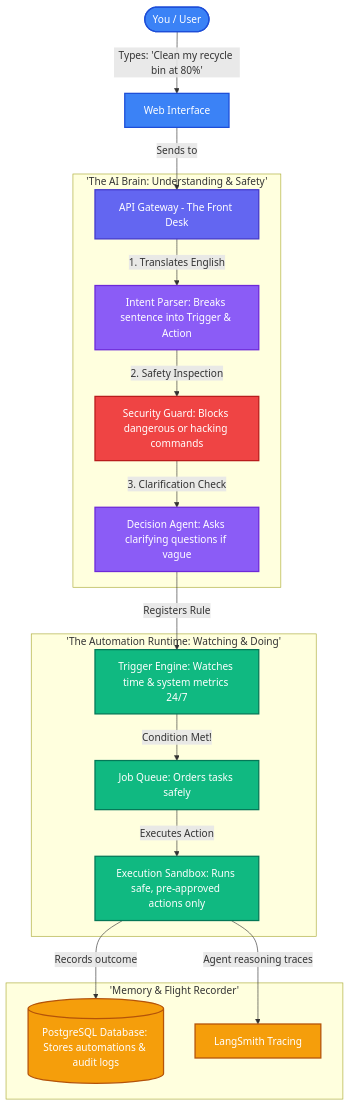
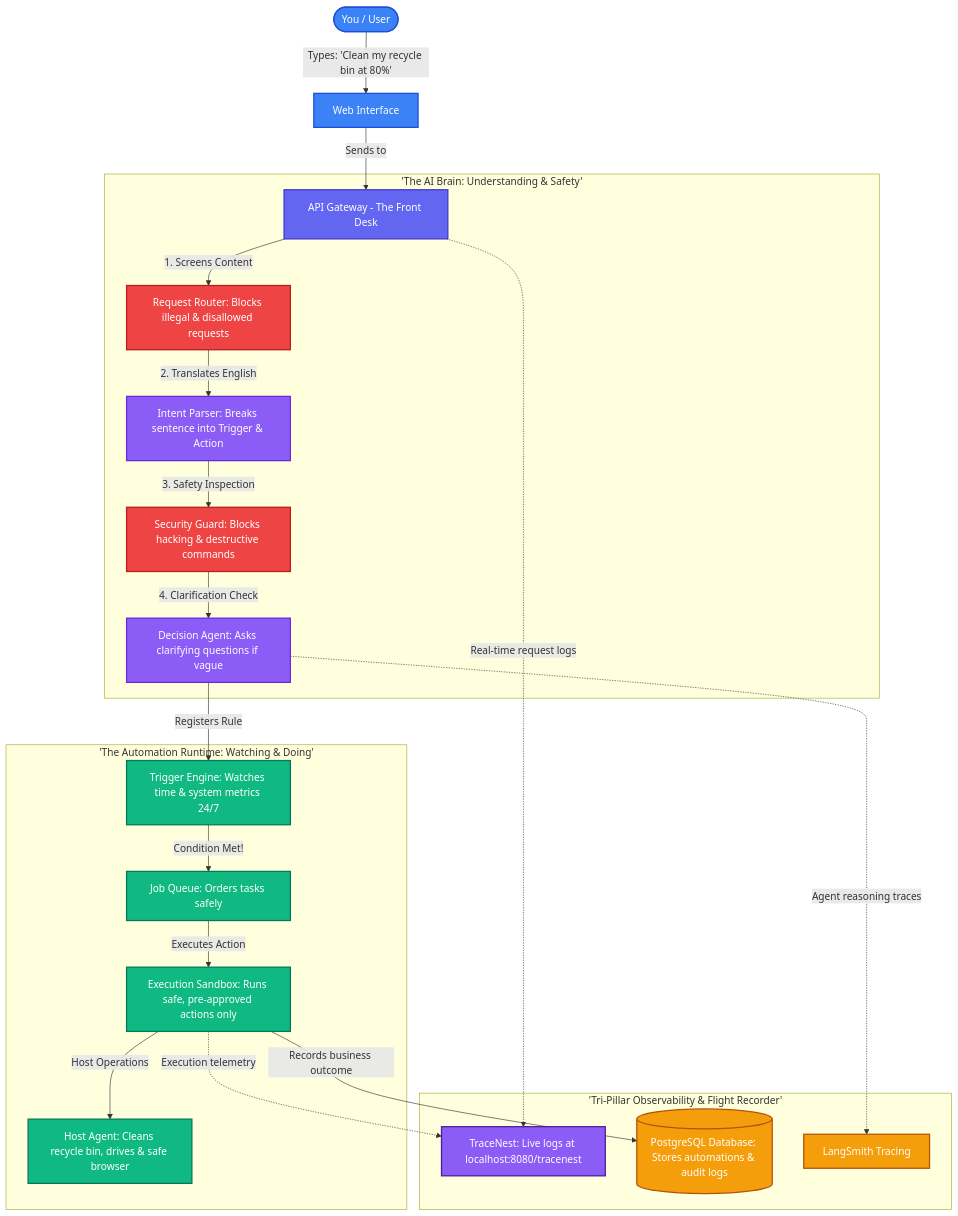
Before and after one commit to vishwajitvm/NL-Automation-Platform: the first of 3 diagrams in README.md, drawn with Mermaid. The commit also changed other lines of this file and 6 other files, not shown here.

First line of the commit message:
Enhance system architecture and observability features

````diff
--- a/README.md
+++ b/README.md
@@ -98,29 +98,34 @@
 ```mermaid
 flowchart TD
     User([You / User]):::client -->|Types: 'Clean my recycle bin at 80%'| UI[Web Interface]:::client
     UI -->|Sends to| Gateway[API Gateway - The Front Desk]:::gateway
     
     subgraph Brain ['The AI Brain: Understanding & Safety']
-        Gateway -->|1. Translates English| Parser[Intent Parser: Breaks sentence into Trigger & Action]:::brain
-        Parser -->|2. Safety Inspection| Guard[Security Guard: Blocks dangerous or hacking commands]:::security
-        Guard -->|3. Clarification Check| Agent[Decision Agent: Asks clarifying questions if vague]:::brain
+        Gateway -->|1. Screens Content| Router[Request Router: Blocks illegal & disallowed requests]:::security
+        Router -->|2. Translates English| Parser[Intent Parser: Breaks sentence into Trigger & Action]:::brain
+        Parser -->|3. Safety Inspection| Guard[Security Guard: Blocks hacking & destructive commands]:::security
+        Guard -->|4. Clarification Check| Agent[Decision Agent: Asks clarifying questions if vague]:::brain
     end
     
     subgraph Runtime ['The Automation Runtime: Watching & Doing']
         Agent -->|Registers Rule| Engine[Trigger Engine: Watches time & system metrics 24/7]:::runtime
         Engine -->|Condition Met!| Queue[Job Queue: Orders tasks safely]:::runtime
         Queue -->|Executes Action| Sandbox[Execution Sandbox: Runs safe, pre-approved actions only]:::runtime
+        Sandbox -->|Host Operations| HostAgent[Host Agent: Cleans recycle bin, drives & safe browser]:::runtime
     end
     
-    subgraph History ['Memory & Flight Recorder']
-        Sandbox -->|Records outcome| Database[(PostgreSQL Database: Stores automations & audit logs)]:::data
-        Sandbox -->|Agent reasoning traces| Tracing[LangSmith Tracing]:::data
+    subgraph Obs ['Tri-Pillar Observability & Flight Recorder']
+        Gateway -.->|Real-time request logs| TraceNest[TraceNest: Live logs at localhost:8080/tracenest]:::obs
+        Sandbox -.->|Execution telemetry| TraceNest
+        Sandbox -->|Records business outcome| Database[(PostgreSQL Database: Stores automations & audit logs)]:::data
+        Agent -.->|Agent reasoning traces| Tracing[LangSmith Tracing]:::data
     end
 
     classDef client fill:#3b82f6,stroke:#1d4ed8,color:#ffffff,stroke-width:2px;
     classDef gateway fill:#6366f1,stroke:#4338ca,color:#ffffff,stroke-width:2px;
     classDef brain fill:#8b5cf6,stroke:#6d28d9,color:#ffffff,stroke-width:2px;
     classDef security fill:#ef4444,stroke:#b91c1c,color:#ffffff,stroke-width:2px;
     classDef runtime fill:#10b981,stroke:#047857,color:#ffffff,stroke-width:2px;
     classDef data fill:#f59e0b,stroke:#b45309,color:#ffffff,stroke-width:2px;
+    classDef obs fill:#8b5cf6,stroke:#4c1d95,color:#ffffff,stroke-width:2px;
 ```
````
